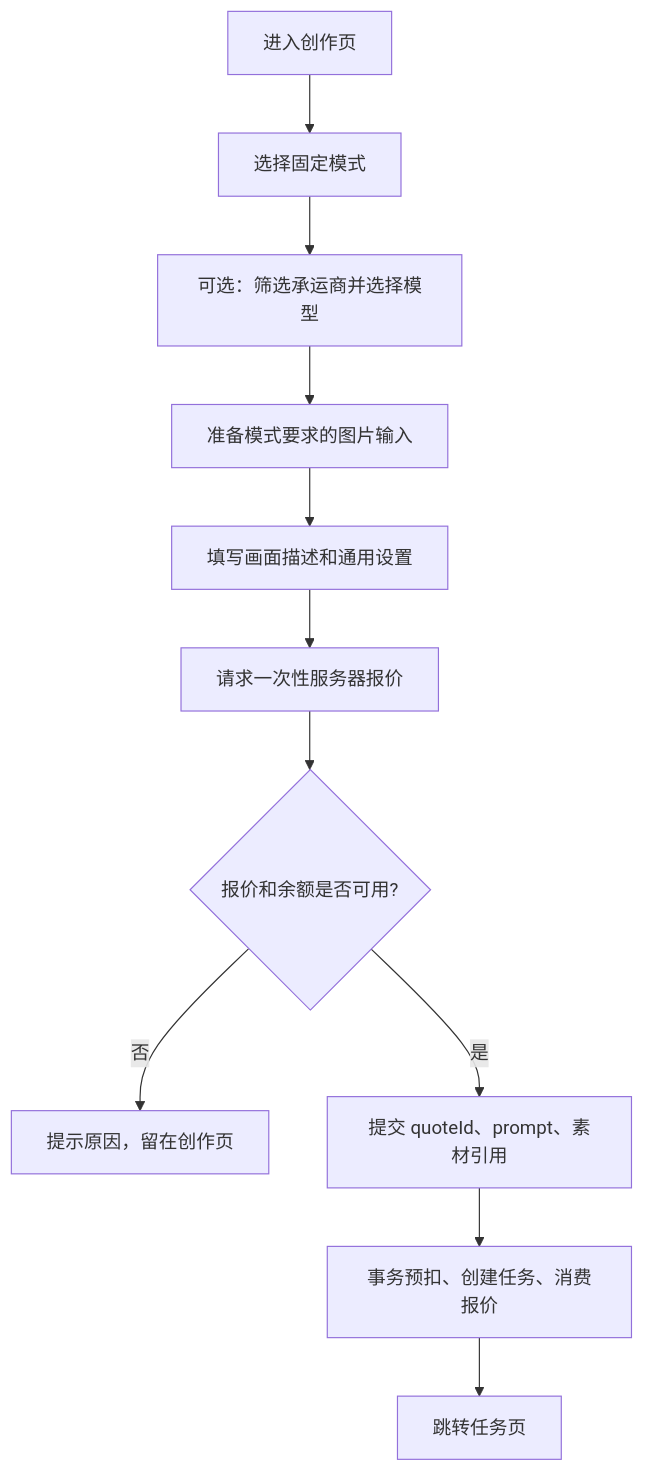
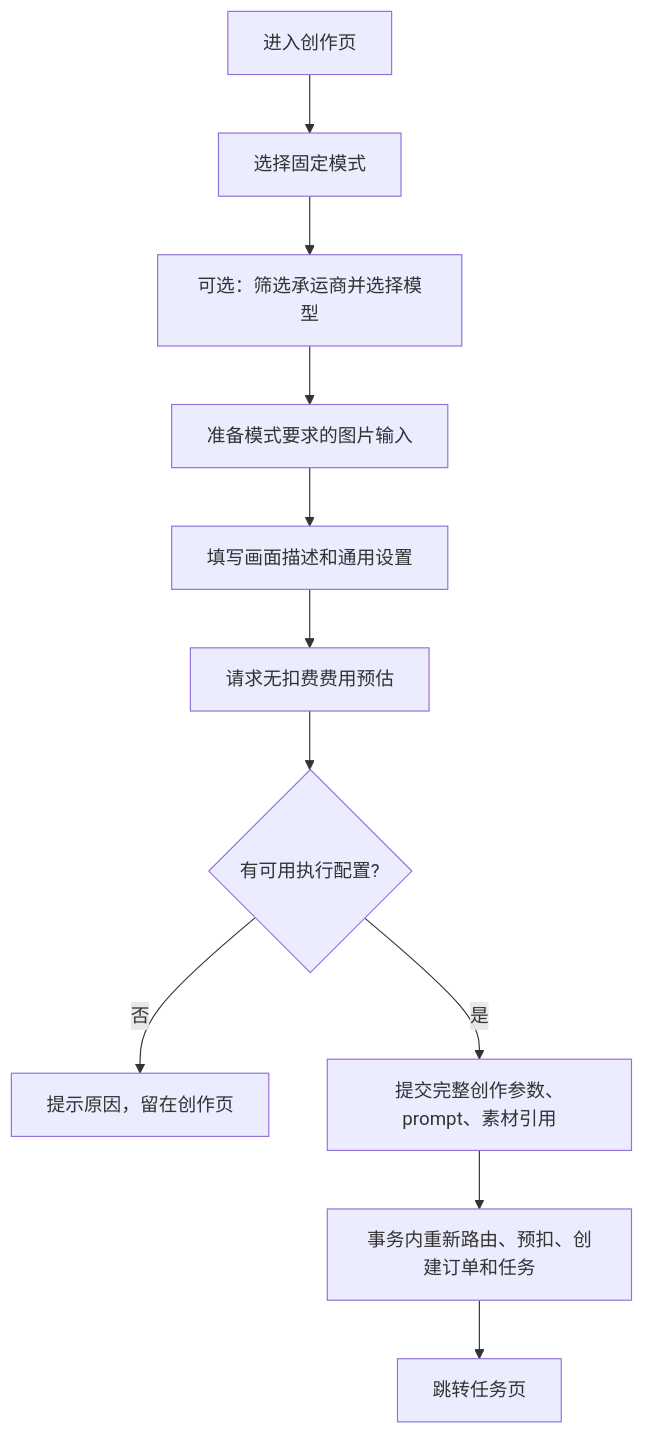
The diagram in docs/flows/client-create.md (fjl-gj/sub2video), drawn with Mermaid before and after one commit. The commit also changed other lines of this file and 66 other files, not shown here.

````diff
--- a/docs/flows/client-create.md
+++ b/docs/flows/client-create.md
@@ -38,13 +38,13 @@
 ```mermaid
 flowchart TD
   A[进入创作页] --> B[选择固定模式]
   B --> C[可选：筛选承运商并选择模型]
   C --> D[准备模式要求的图片输入]
   D --> E[填写画面描述和通用设置]
-  E --> F[请求一次性服务器报价]
-  F --> G{报价和余额是否可用?}
+  E --> F[请求无扣费费用预估]
+  F --> G{有可用执行配置?}
   G -->|否| H[提示原因，留在创作页]
-  G -->|是| I[提交 quoteId、prompt、素材引用]
-  I --> J[事务预扣、创建任务、消费报价]
+  G -->|是| I[提交完整创作参数、prompt、素材引用]
+  I --> J[事务内重新路由、预扣、创建订单和任务]
   J --> K[跳转任务页]
 ```
````
